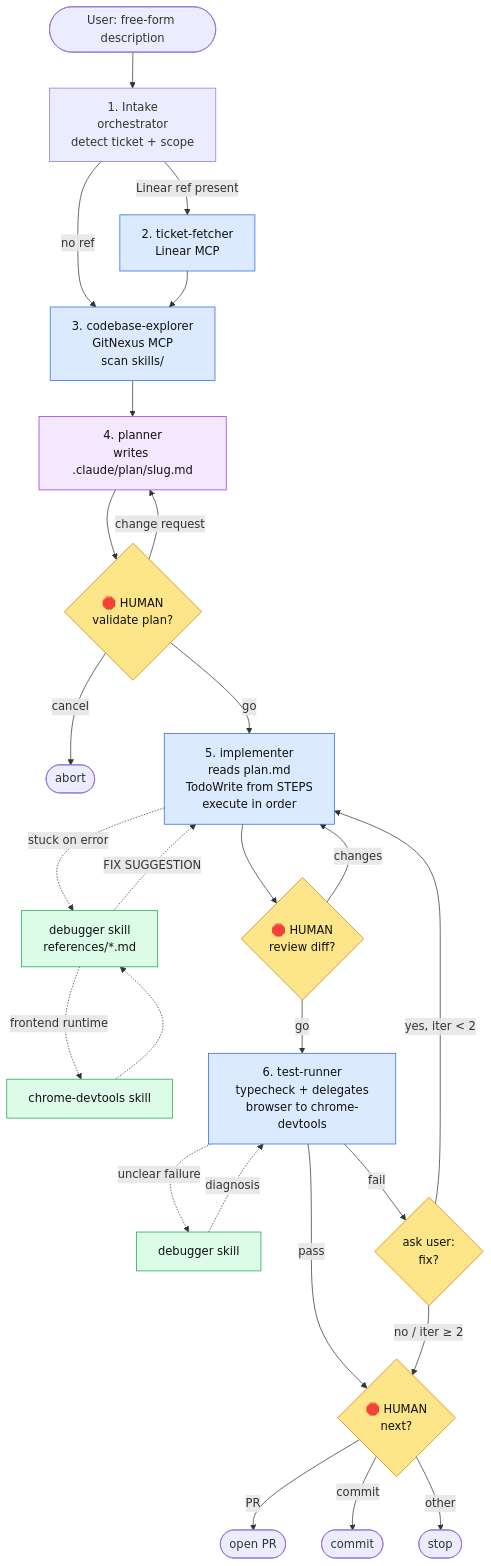
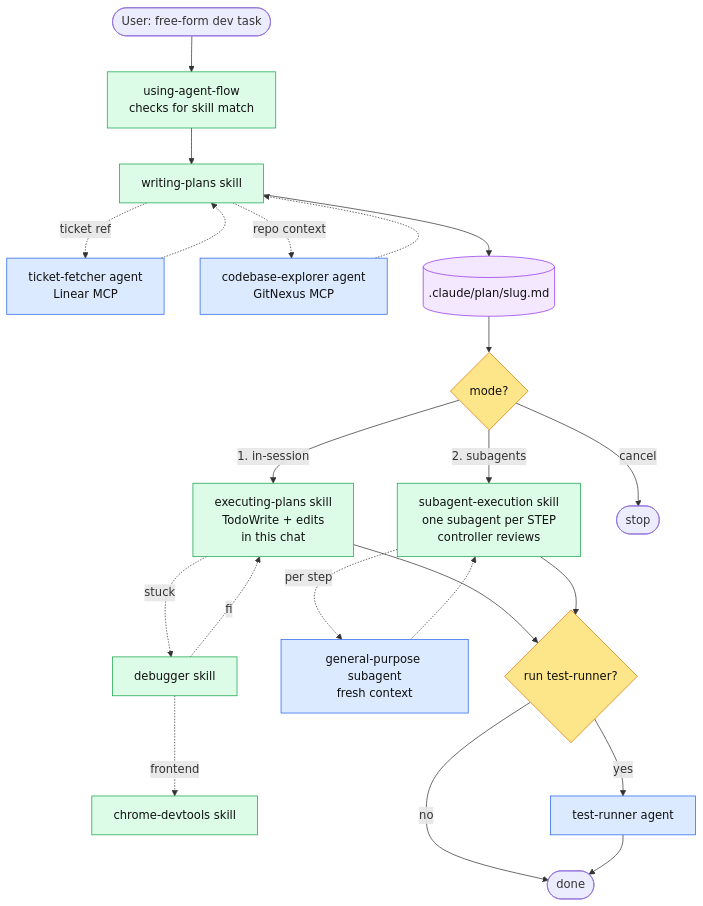
The diagram in README.md (anthonyespirat/agent-flow), drawn with Mermaid before and after one commit. The commit also changed other lines of this file and 10 other files, not shown here.

First line of the commit message:
Refactor agent skills and workflows

````diff
--- a/README.md
+++ b/README.md
@@ -15,51 +15,41 @@
 ```mermaid
 flowchart TD
-    Start([User: free-form description]) --> Intake[1. Intake<br/>orchestrator<br/>detect ticket + scope]
+    Start([User: free-form dev task]) --> Meta[using-agent-flow<br/>checks for skill match]
+    Meta --> WP[writing-plans skill]
 
-    Intake -->|Linear ref present| Fetch[2. ticket-fetcher<br/>Linear MCP]
-    Intake -->|no ref| Explore
-    Fetch --> Explore[3. codebase-explorer<br/>GitNexus MCP<br/>scan skills/]
+    WP -.ticket ref.-> TF[ticket-fetcher agent<br/>Linear MCP]
+    WP -.repo context.-> CE[codebase-explorer agent<br/>GitNexus MCP]
 
-    Explore --> Plan[4. planner<br/>writes .claude/plan/slug.md]
+    TF -.-> WP
+    CE -.-> WP
 
-    Plan --> CP1{🛑 HUMAN<br/>validate plan?}
-    CP1 -->|change request| Plan
-    CP1 -->|cancel| End1([abort])
-    CP1 -->|go| Impl
+    WP --> PlanFile[(.claude/plan/slug.md)]
+    PlanFile --> Handoff{mode?}
 
-    Impl[5. implementer<br/>reads plan.md<br/>TodoWrite from STEPS<br/>execute in order]
+    Handoff -->|1. in-session| EP[executing-plans skill<br/>TodoWrite + edits<br/>in this chat]
+    Handoff -->|2. subagents| SE[subagent-execution skill<br/>one subagent per STEP<br/>controller reviews]
+    Handoff -->|cancel| End1([stop])
 
-    Impl -.stuck on error.-> Dbg[debugger skill<br/>references/*.md]
-    Dbg -.FIX SUGGESTION.-> Impl
-    Dbg -.frontend runtime.-> ChromeDT[chrome-devtools skill]
-    ChromeDT -.-> Dbg
+    EP -.stuck.-> Dbg[debugger skill]
+    Dbg -.fix.-> EP
+    Dbg -.frontend.-> Chrome[chrome-devtools skill]
 
-    Impl --> CP2{🛑 HUMAN<br/>review diff?}
-    CP2 -->|changes| Impl
-    CP2 -->|go| Test
+    SE -.per step.-> Sub[general-purpose subagent<br/>fresh context]
+    Sub -.-> SE
 
-    Test[6. test-runner<br/>typecheck + delegates<br/>browser to chrome-devtools]
+    EP --> Tests{run test-runner?}
+    SE --> Tests
+    Tests -->|yes| TR[test-runner agent]
+    Tests -->|no| End2([done])
+    TR --> End2
 
-    Test -.unclear failure.-> Dbg2[debugger skill]
-    Dbg2 -.diagnosis.-> Test
+    classDef skill fill:#dcfce7,stroke:#16a34a,color:#111
+    classDef agent fill:#dbeafe,stroke:#2563eb,color:#111
+    classDef artifact fill:#f3e8ff,stroke:#9333ea,color:#111
+    classDef choice fill:#fde68a,stroke:#d97706,color:#111
 
-    Test -->|pass| CP3
-    Test -->|fail| FixDec{ask user:<br/>fix?}
-    FixDec -->|yes, iter < 2| Impl
-    FixDec -->|no / iter ≥ 2| CP3
-
-    CP3{🛑 HUMAN<br/>next?}
-    CP3 -->|PR| PR([open PR])
-    CP3 -->|commit| Commit([commit])
-    CP3 -->|other| End2([stop])
-
-    classDef human fill:#fde68a,stroke:#d97706,color:#111
-    classDef agent fill:#dbeafe,stroke:#2563eb,color:#111
-    classDef skill fill:#dcfce7,stroke:#16a34a,color:#111
-    classDef artifact fill:#f3e8ff,stroke:#9333ea,color:#111
-
-    class CP1,CP2,CP3,FixDec human
-    class Fetch,Explore,Plan,Impl,Test agent
-    class Dbg,Dbg2,ChromeDT skill
-    class Plan artifact
+    class Meta,WP,EP,SE,Dbg,Chrome skill
+    class TF,CE,TR,Sub agent
+    class PlanFile artifact
+    class Handoff,Tests choice
 ```
````
